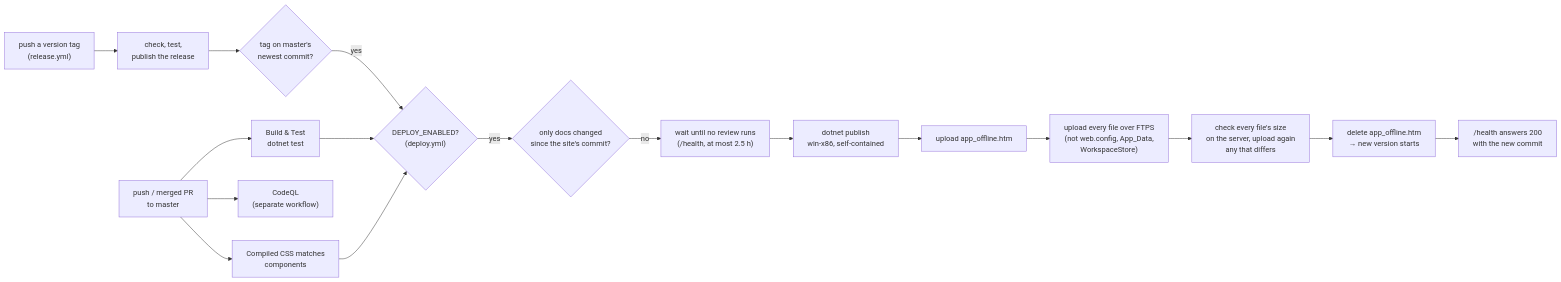
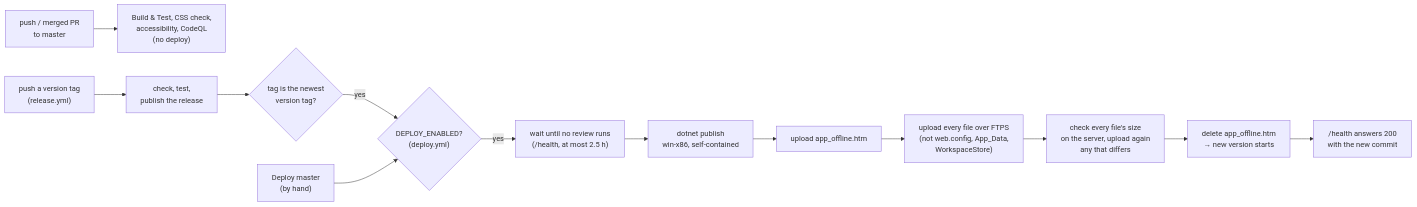
Before and after one commit to lauPhilip/au-btech-literature-review-agent: the diagram in docs/wiki/06-web-app-and-operations.md, drawn with Mermaid. The commit also changed other lines of this file and 2 other files, not shown here.

Commit message:
(docs): Describe the release deploy and the manual deploy
CONTRIBUTING and wiki page 06 say that a merge no longer deploys, that a release deploys when its tag is the newest version, and how to deploy master by hand.

Claude-Session: https://claude.ai/code/session_01MdMWuSCj1ZpkM56z3Q9fUG

````diff
--- a/docs/wiki/06-web-app-and-operations.md
+++ b/docs/wiki/06-web-app-and-operations.md
@@ -238,18 +238,15 @@
 ```mermaid
 flowchart LR
-    PUSH["push / merged PR<br/>to master"] --> BT["Build & Test<br/>dotnet test"]
-    PUSH --> CSS["Compiled CSS matches<br/>components"]
-    PUSH --> CQ["CodeQL<br/>(separate workflow)"]
+    PUSH["push / merged PR<br/>to master"] --> BT["Build & Test, CSS check,<br/>accessibility, CodeQL<br/>(no deploy)"]
     TAG["push a version tag<br/>(release.yml)"] --> REL["check, test,<br/>publish the release"]
-    REL --> HEAD{"tag on master's<br/>newest commit?"}
-    HEAD -- yes --> DEP
-    BT & CSS --> DEP{"DEPLOY_ENABLED?<br/>(deploy.yml)"}
-    DEP -- yes --> DOCS{"only docs changed<br/>since the site's commit?"}
-    DOCS -- no --> IDLE["wait until no review runs<br/>(/health, at most 2.5 h)"]
+    REL --> NEW{"tag is the newest<br/>version tag?"}
+    NEW -- yes --> DEP{"DEPLOY_ENABLED?<br/>(deploy.yml)"}
+    MAN["Deploy master<br/>(by hand)"] --> DEP
+    DEP -- yes --> IDLE["wait until no review runs<br/>(/health, at most 2.5 h)"]
     IDLE --> PUB["dotnet publish<br/>win-x86, self-contained"]
     PUB --> OFF["upload app_offline.htm"]
     OFF --> UP["upload every file over FTPS<br/>(not web.config, App_Data,<br/>WorkspaceStore)"]
     UP --> CHK["check every file's size<br/>on the server, upload again<br/>any that differs"]
     CHK --> ON["delete app_offline.htm<br/>→ new version starts"]
     ON --> UPOK["/health answers 200<br/>with the new commit"]
 ```
````
